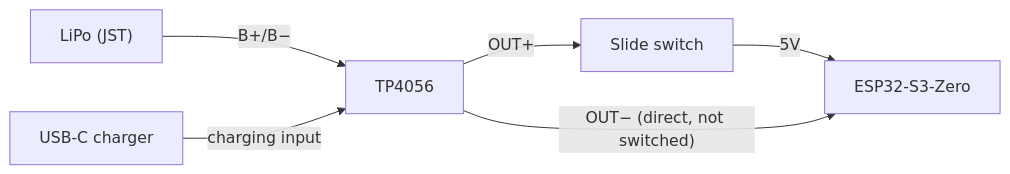
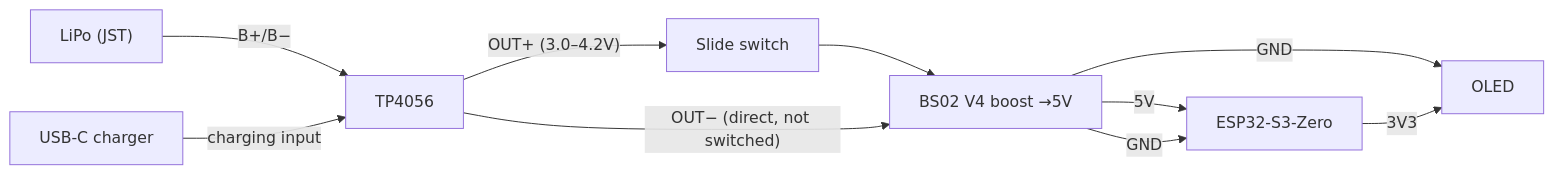
The second of 2 diagrams in specs.md (quantum-crowbar/whisper), drawn with Mermaid before and after one commit. The commit also changed other lines of this file and 5 other files, not shown here.

````diff
--- a/specs.md
+++ b/specs.md
@@ -80,7 +81,12 @@
 ```mermaid
 flowchart LR
     lipo["LiPo (JST)"] -->|B+/B−| tp[TP4056]
-    tp -->|OUT+| sw[Slide switch] -->|5V| esp[ESP32-S3-Zero]
-    tp -->|"OUT− (direct, not switched)"| esp
+    tp -->|"OUT+ (3.0–4.2V)"| sw[Slide switch]
+    sw --> boost["BS02 V4 boost →5V"]
+    boost -->|5V| esp[ESP32-S3-Zero]
+    tp -->|"OUT− (direct, not switched)"| boost
+    boost -->|GND| esp
+    boost -->|GND| oled[OLED]
+    esp -->|3V3| oled
     charge["USB-C charger"] -->|charging input| tp
 ```
````
